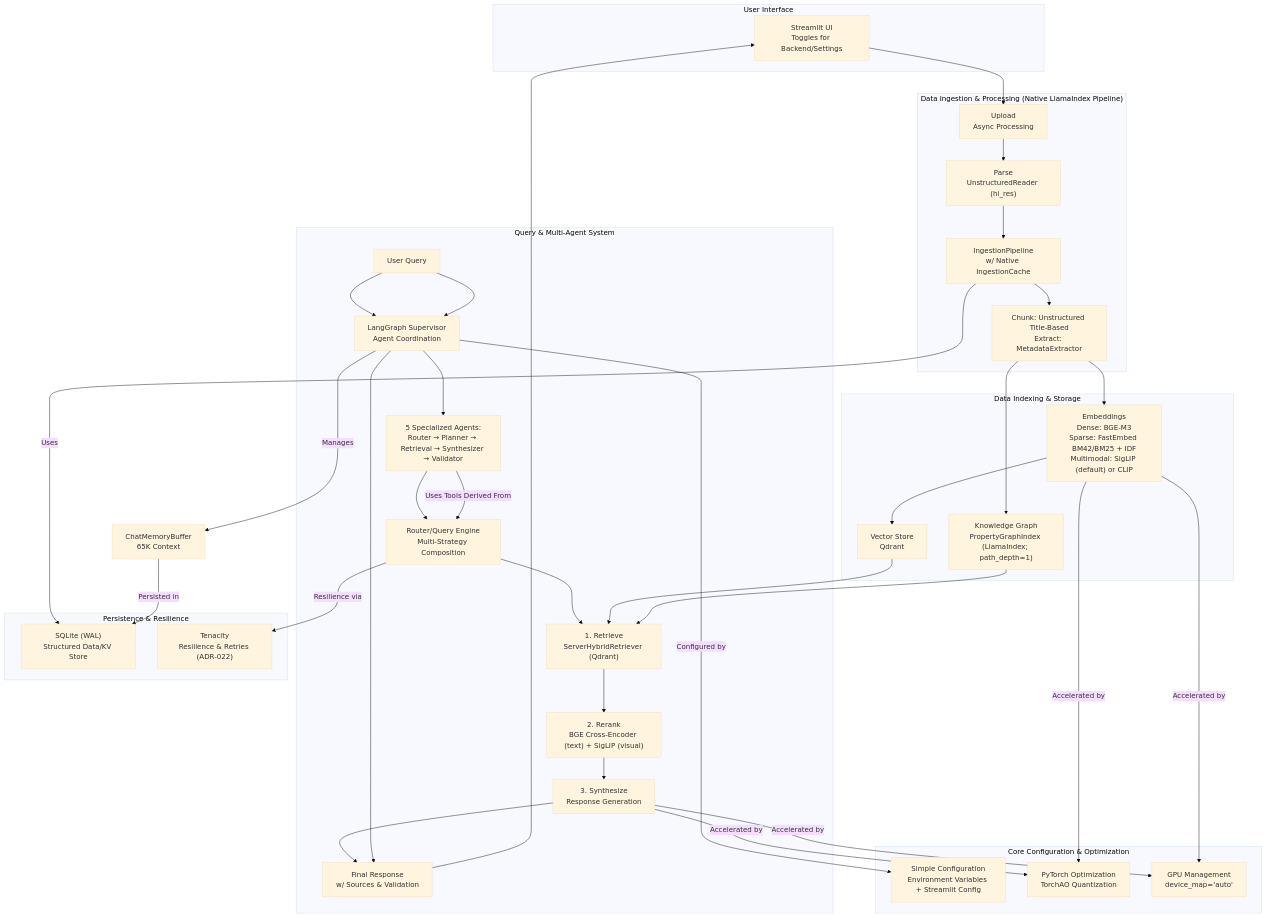
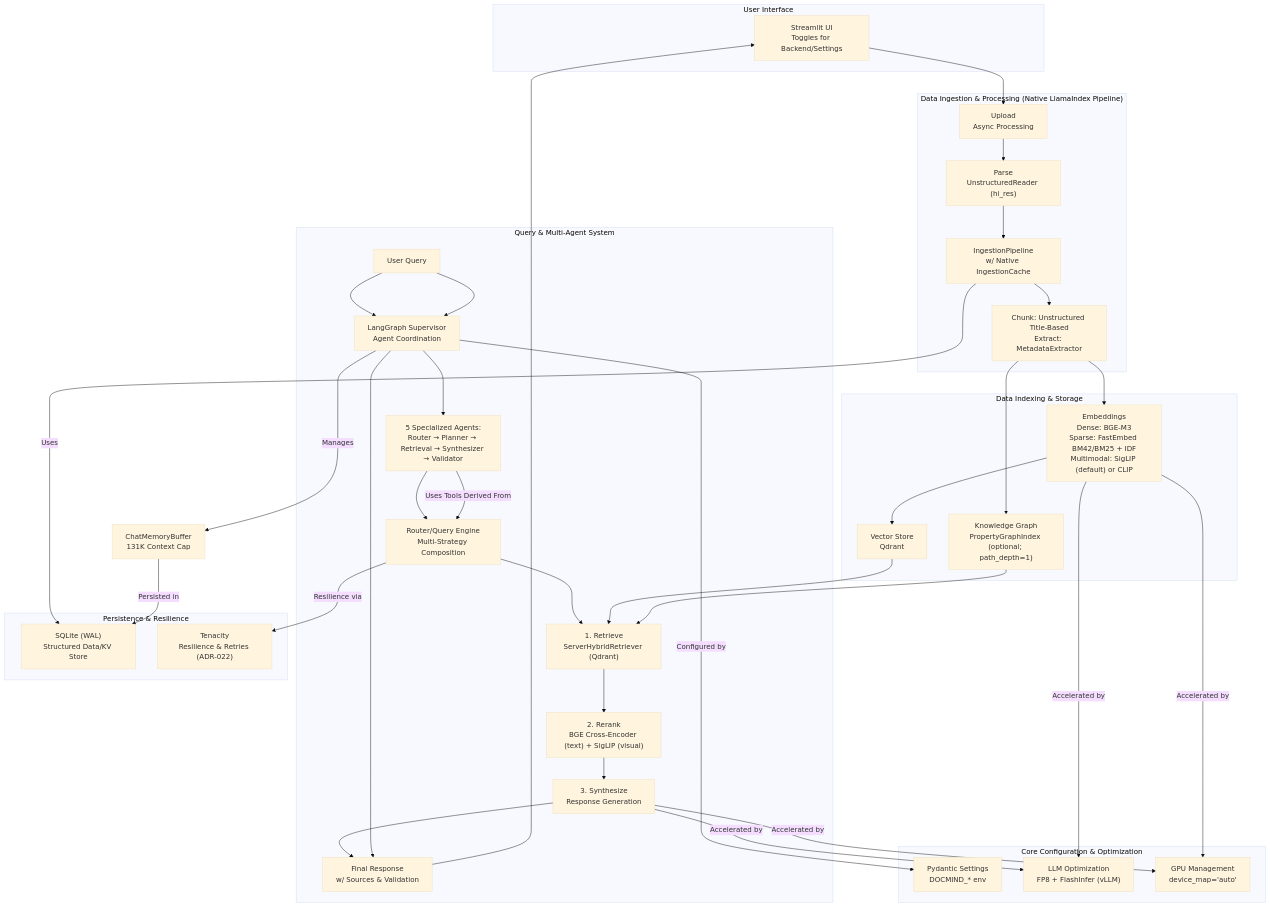
The diagram in docs/PRD.md (BjornMelin/docmind-ai-llm), drawn with Mermaid (base theme) before and after one commit. The commit also changed other lines of this file and 23 other files, not shown here.

````diff
--- a/docs/PRD.md
+++ b/docs/PRD.md
@@ -112,58 +112,58 @@
 ```mermaid
 graph TD
     subgraph "User Interface"
         A["Streamlit UI<br/>Toggles for Backend/Settings"]
     end
 
     subgraph "Data Ingestion & Processing (Native LlamaIndex Pipeline)"
         B["Upload<br/>Async Processing"] --> C["Parse<br/>UnstructuredReader (hi_res)"]
         C --> D["IngestionPipeline<br/>w/ Native IngestionCache"]
         D --> E["Chunk: Unstructured Title-Based<br/>Extract: MetadataExtractor"]
     end
 
     subgraph "Data Indexing & Storage"
         E --> F["Embeddings<br/>Dense: BGE‑M3<br/>Sparse: FastEmbed BM42/BM25 + IDF<br/>Multimodal: SigLIP (default) or CLIP"]
         F --> G["Vector Store<br/>Qdrant"]
-        E --> H["Knowledge Graph<br/>PropertyGraphIndex (LlamaIndex; path_depth=1)"]
+        E --> H["Knowledge Graph<br/>PropertyGraphIndex (optional; path_depth=1)"]
     end
 
     subgraph "Query & Multi-Agent System"
         I["User Query"] --> J["LangGraph Supervisor<br/>Agent Coordination"]
         J --> K["5 Specialized Agents:<br/>Router → Planner → Retrieval → Synthesizer → Validator"]
         K --> L["Router/Query Engine<br/>Multi-Strategy Composition"]
         L --> M["1. Retrieve<br/>ServerHybridRetriever (Qdrant)"]
         M --> N["2. Rerank<br/>BGE Cross-Encoder (text) + SigLIP (visual)"]
         N --> O["3. Synthesize<br/>Response Generation"]
         O --> P["Final Response<br/>w/ Sources & Validation"]
     end
 
     subgraph "Core Configuration & Optimization"
-        R["Simple Configuration<br/>Environment Variables + Streamlit Config"]
-        S["PyTorch Optimization<br/>TorchAO Quantization"]
+        R["Pydantic Settings<br/>DOCMIND_* env"]
+        S["LLM Optimization<br/>FP8 + FlashInfer (vLLM)"]
         T["GPU Management<br/>device_map='auto'"]
     end
 
     subgraph "Persistence & Resilience"
         U["SQLite (WAL)<br/>Structured Data/KV Store"]
         V["Tenacity<br/>Resilience & Retries (ADR-022)"]
     end
 
     %% Connections
     A --> B
     I --> J
     J --> P --> A
 
     G --> M
     H --> M
 
     K -- Uses Tools Derived From --> L
-    J -- Manages --> Q[ChatMemoryBuffer<br/>65K Context]
+    J -- Manages --> Q[ChatMemoryBuffer<br/>131K Context Cap]
 
     %% Link to Core Systems
     J -- Configured by --> R
     F -- Accelerated by --> S & T
     O -- Accelerated by --> S & T
     D -- Uses --> U
     Q -- Persisted in --> U
     L -- Resilience via --> V
 ```
````
